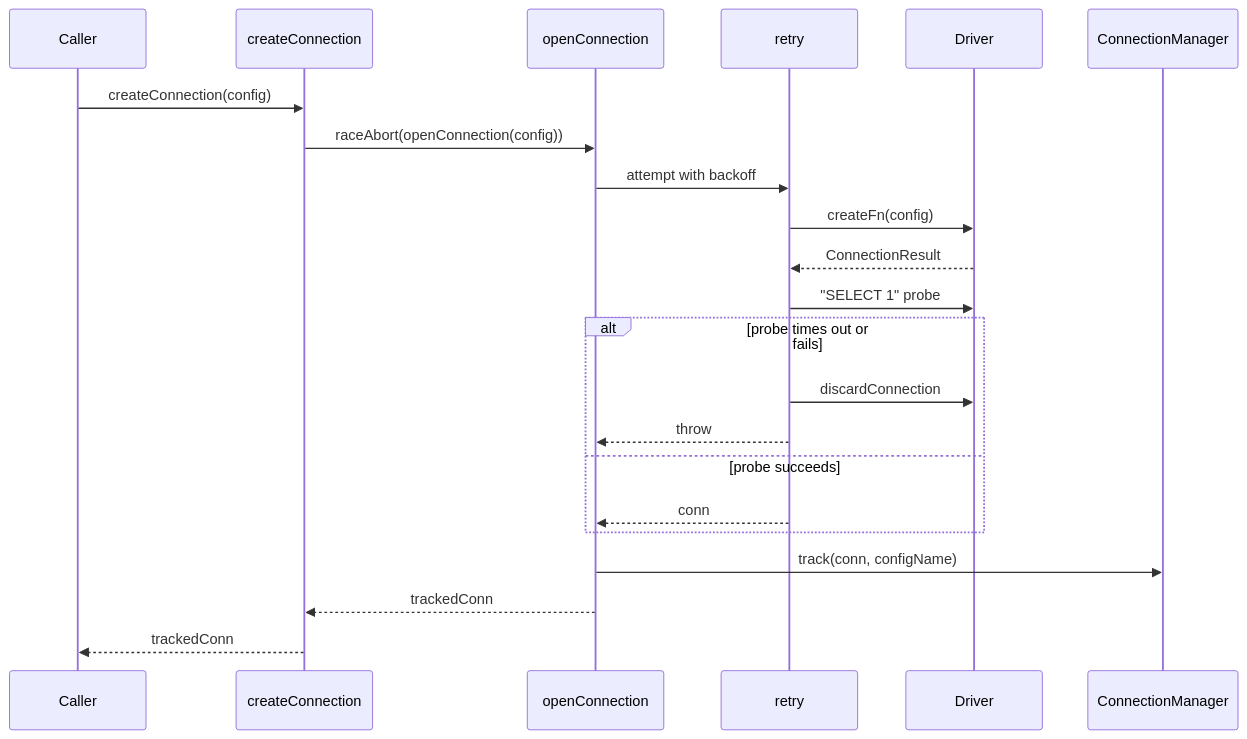
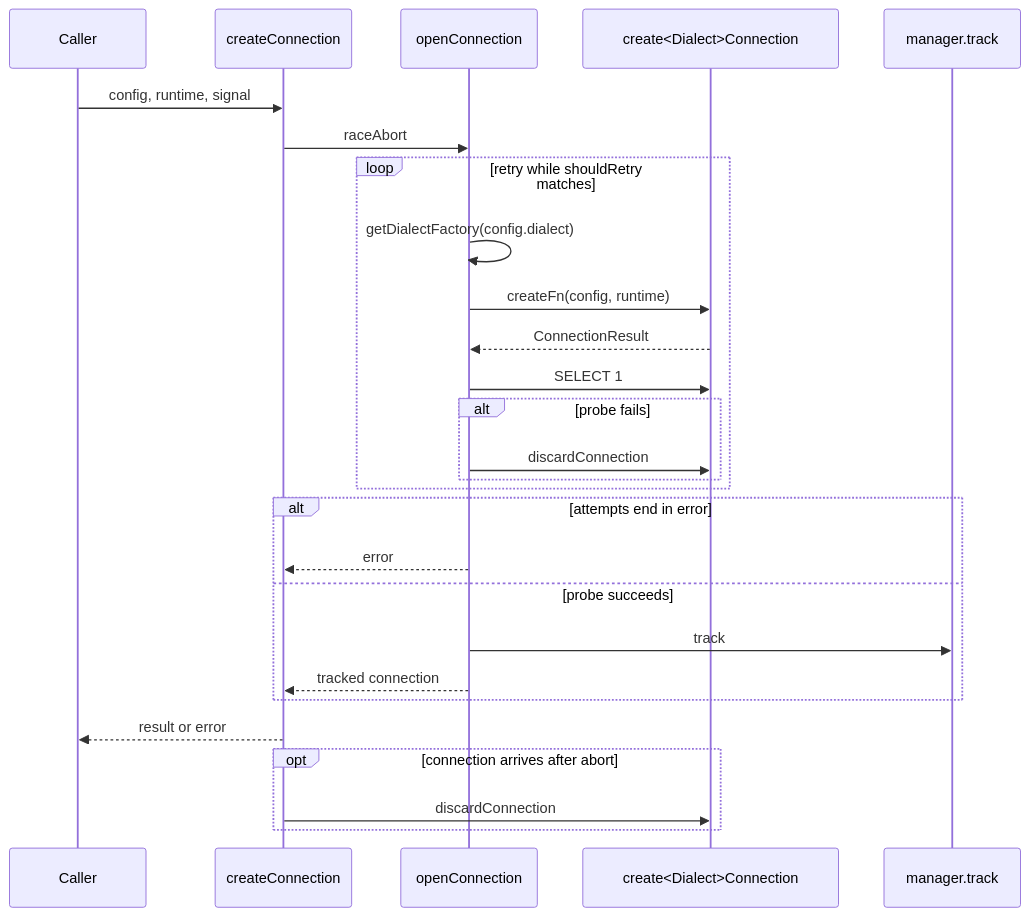
The first of 5 diagrams in docs/wiki/core-db.md (noormdev/noorm), drawn with Mermaid before and after one commit. The commit also changed other lines of this file and 557 other files, not shown here.

````diff
--- a/docs/wiki/core-db.md
+++ b/docs/wiki/core-db.md
@@ -21,25 +33,31 @@
 ```mermaid
 sequenceDiagram
+    %% source: src/core/connection/factory.ts, src/core/connection/dialects/*.ts, src/core/connection/manager.ts
     participant Caller
-    participant createConnection
-    participant openConnection
-    participant retry
-    participant Driver
-    participant ConnectionManager
+    participant Factory as createConnection
+    participant Open as openConnection
+    participant Dialect as create#lt;Dialect#gt;Connection
+    participant Manager as manager.track
 
-    Caller->>createConnection: createConnection(config)
-    createConnection->>openConnection: raceAbort(openConnection(config))
-    openConnection->>retry: attempt with backoff
-    retry->>Driver: createFn(config)
-    Driver-->>retry: ConnectionResult
-    retry->>Driver: "SELECT 1" probe
-    alt probe times out or fails
-        retry->>Driver: discardConnection
-        retry-->>openConnection: throw
+    Caller->>Factory: config, runtime, signal
+    Factory->>Open: raceAbort
+    loop retry while shouldRetry matches
+        Open->>Open: getDialectFactory(config.dialect)
+        Open->>Dialect: createFn(config, runtime)
+        Dialect-->>Open: ConnectionResult
+        Open->>Dialect: SELECT 1
+        alt probe fails
+            Open->>Dialect: discardConnection
+        end
+    end
+    alt attempts end in error
+        Open-->>Factory: error
     else probe succeeds
-        retry-->>openConnection: conn
+        Open->>Manager: track
+        Open-->>Factory: tracked connection
     end
-    openConnection->>ConnectionManager: track(conn, configName)
-    openConnection-->>createConnection: trackedConn
-    createConnection-->>Caller: trackedConn
+    Factory-->>Caller: result or error
+    opt connection arrives after abort
+        Factory->>Dialect: discardConnection
+    end
 ```
````
